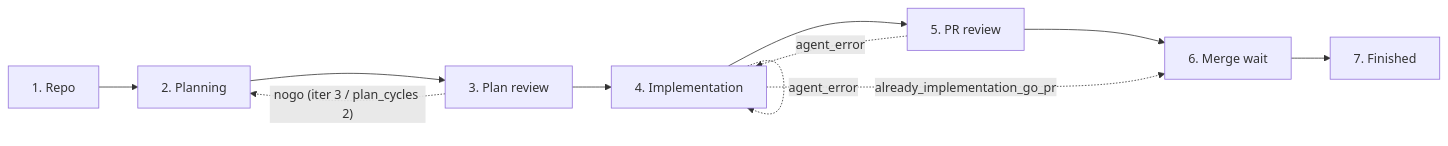
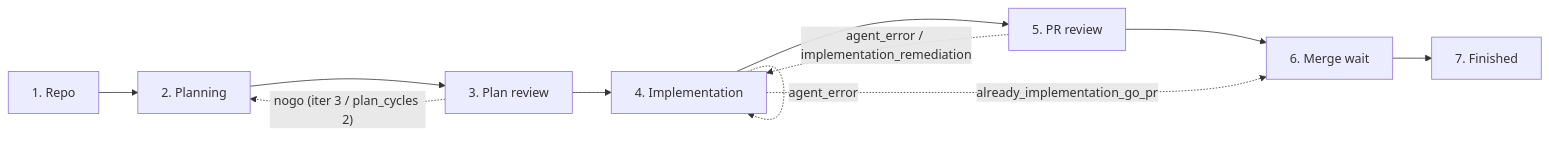
The first of 16 diagrams in docs/architecture.md (HomericIntelligence/Hephaestus), drawn with Mermaid before and after one commit. The commit also changed other lines of this file and 19 other files, not shown here.

````diff
--- a/docs/architecture.md
+++ b/docs/architecture.md
@@ -138,14 +138,14 @@
 ```mermaid
 flowchart LR
     repo["1. Repo"] --> planning["2. Planning"]
     planning --> plan_review["3. Plan review"]
     plan_review --> implementation["4. Implementation"]
     implementation --> pr_review["5. PR review"]
     pr_review --> merge_wait["6. Merge wait"]
     merge_wait --> finished["7. Finished"]
 
     plan_review -. "nogo (iter 3 / plan_cycles 2)" .-> planning
     implementation -. "agent_error" .-> implementation
-    pr_review -. "agent_error" .-> implementation
+    pr_review -. "agent_error / implementation_remediation" .-> implementation
     implementation -. "already_implementation_go_pr" .-> merge_wait
 ```
````
